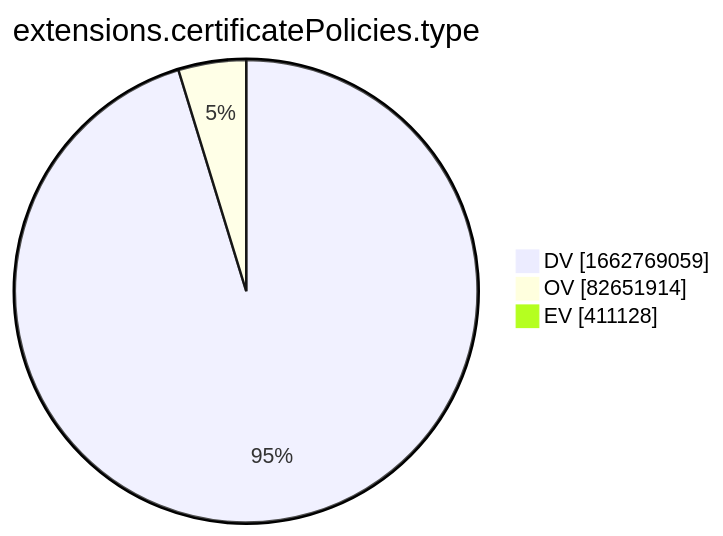
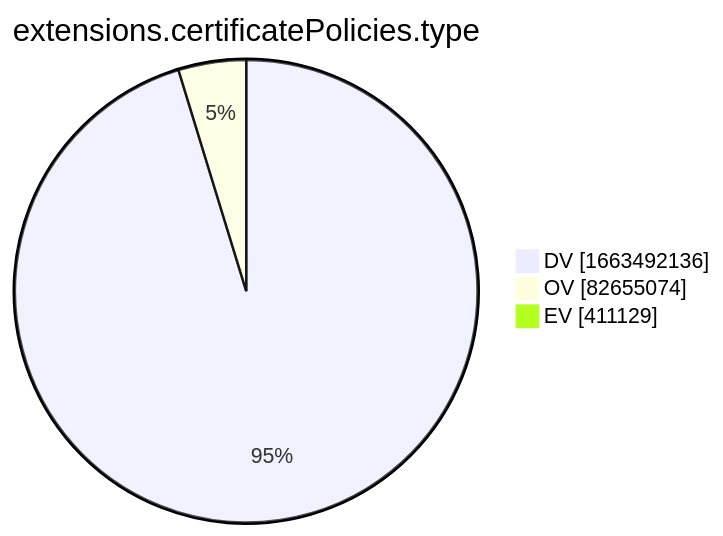
One commit to christiankrug/ctmonitor_visualization changed the tenth of 15 diagrams in xenon2022/README.md. Above: the diagram before and after it, drawn with Mermaid. The commit also changed other lines of this file, not shown here.

````diff
--- a/xenon2022/README.md
+++ b/xenon2022/README.md
@@ -2880,7 +2880,7 @@
 ```mermaid
 pie showData
 title extensions.certificatePolicies.type
-"DV" :1662769059
-"OV" :82651914
-"EV" :411128
+"DV" :1663492136
+"OV" :82655074
+"EV" :411129
 ```
````
